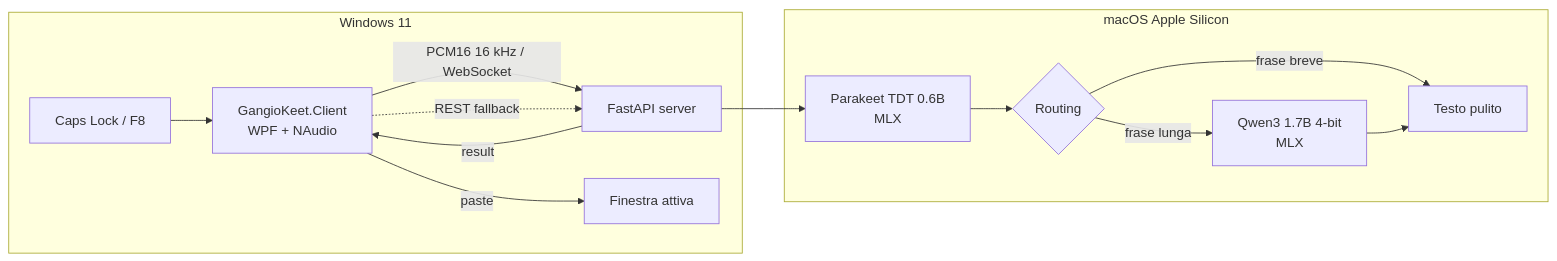
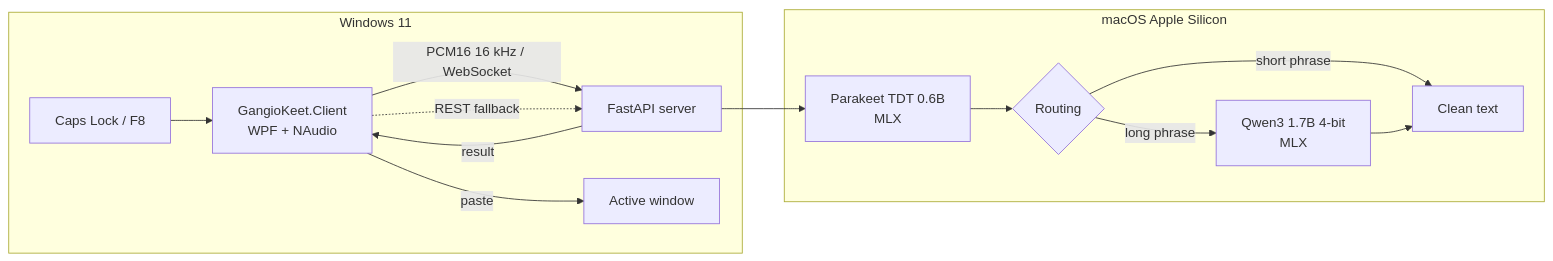
The diagram in README.md (hal9ooo/GangioKeet), drawn with Mermaid before and after one commit. The commit also changed other lines of this file and 2 other files, not shown here.

````diff
--- a/README.md
+++ b/README.md
@@ -80,19 +82,19 @@
 ```mermaid
 flowchart LR
   subgraph W["Windows 11"]
     HK["Caps Lock / F8"] --> CL["GangioKeet.Client<br/>WPF + NAudio"]
     CL -->|PCM16 16 kHz / WebSocket| SRV["FastAPI server"]
     CL -.->|REST fallback| SRV
-    CL -->|paste| APP["Finestra attiva"]
+    CL -->|paste| APP["Active window"]
   end
 
   subgraph M["macOS Apple Silicon"]
     SRV --> STT["Parakeet TDT 0.6B<br/>MLX"]
     STT --> ROUTE{"Routing"}
-    ROUTE -->|frase breve| TXT["Testo pulito"]
-    ROUTE -->|frase lunga| LLM["Qwen3 1.7B 4-bit<br/>MLX"]
+    ROUTE -->|short phrase| TXT["Clean text"]
+    ROUTE -->|long phrase| LLM["Qwen3 1.7B 4-bit<br/>MLX"]
     LLM --> TXT
   end
 
   SRV -->|result| CL
 ```
````
